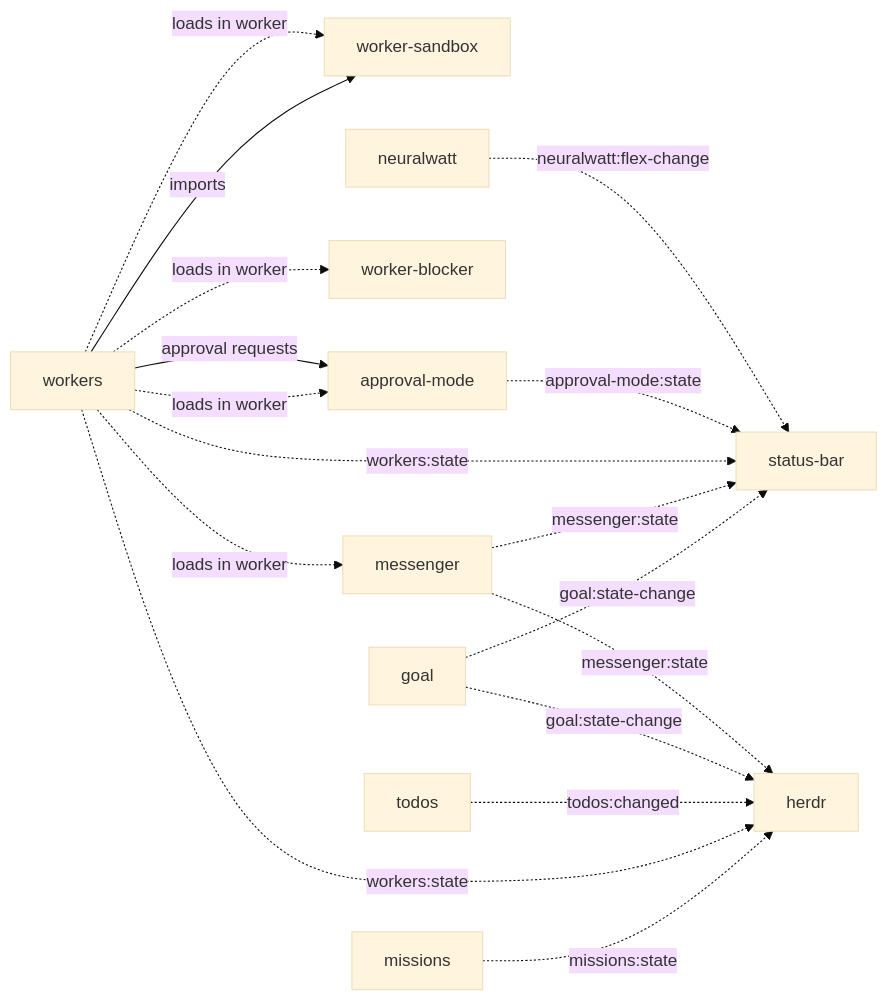
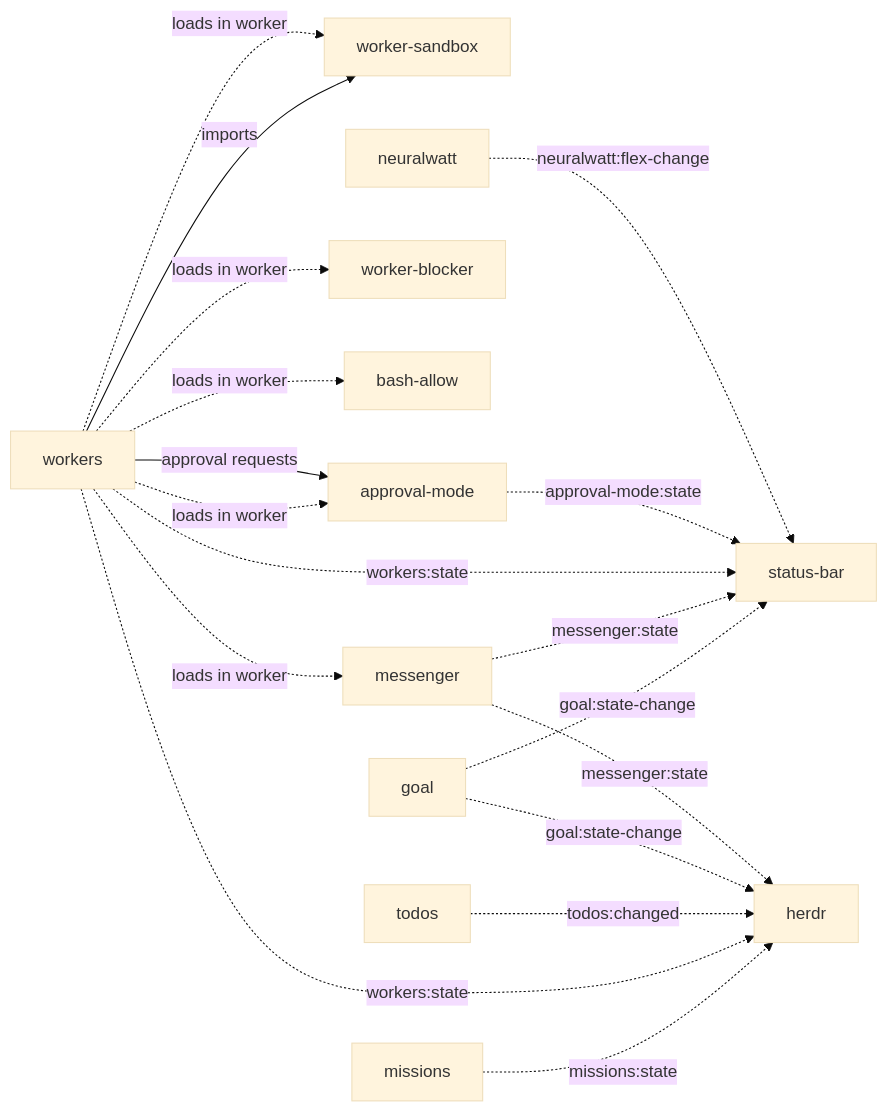
One commit to Nulluminati/pi-extensions changed the diagram in docs/extension-dependencies.md. Above: the diagram before and after it, drawn with Mermaid (base theme). The commit also changed other lines of this file and 12 other files, not shown here.

Commit message:
fix: inherit shell allow lists in workers

````diff
--- a/docs/extension-dependencies.md
+++ b/docs/extension-dependencies.md
@@ -28,19 +29,20 @@
 ```mermaid
 flowchart LR
   workers -- imports --> worker-sandbox
   workers -. loads in worker .-> messenger
   workers -. loads in worker .-> worker-blocker
+  workers -. loads in worker .-> bash-allow
   workers -. loads in worker .-> approval-mode
   workers -. loads in worker .-> worker-sandbox
   workers -- approval requests --> approval-mode
   goal -. goal:state-change .-> status-bar
   messenger -. messenger:state .-> status-bar
   workers -. workers:state .-> status-bar
   approval-mode -. approval-mode:state .-> status-bar
   neuralwatt -. neuralwatt:flex-change .-> status-bar
   missions -. missions:state .-> herdr
   workers -. workers:state .-> herdr
   todos -. todos:changed .-> herdr
   goal -. goal:state-change .-> herdr
   messenger -. messenger:state .-> herdr
 ```
````
